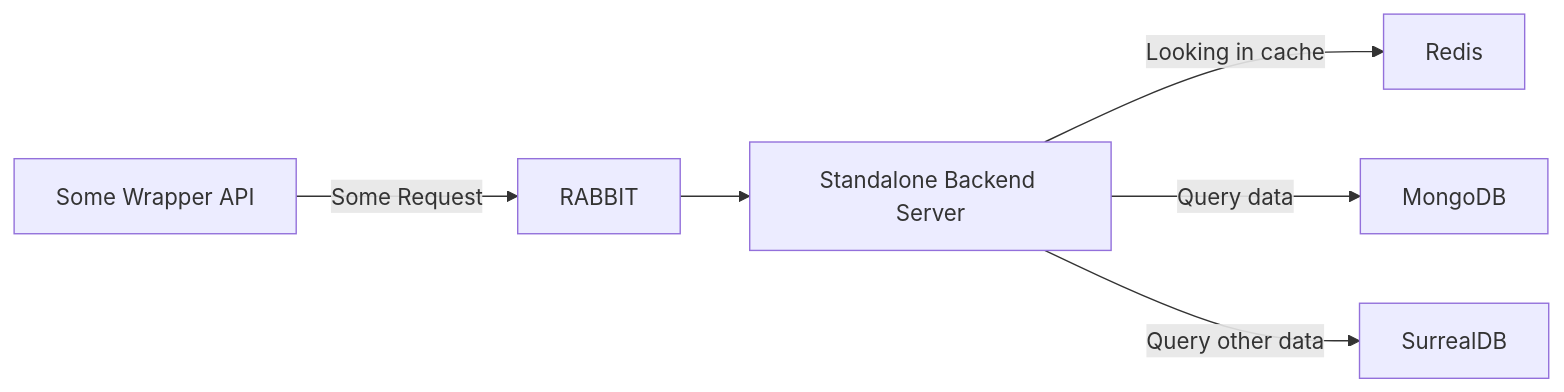
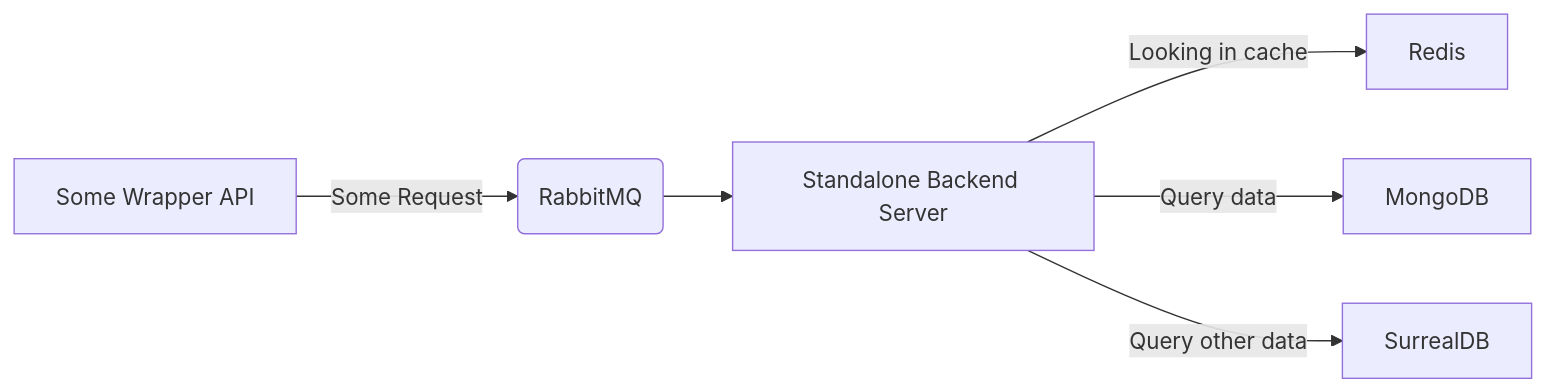
The diagram in README.md (Uroria/Backend), drawn with Mermaid before and after one commit.

````diff
--- a/README.md
+++ b/README.md
@@ -36,8 +36,8 @@
 ```mermaid
 graph LR
-    API[Some Wrapper API] --> |Some Request| RABBIT --> SERVER
+    API[Some Wrapper API] --> |Some Request| RABBIT(RabbitMQ) --> SERVER
 
     SERVER[Standalone Backend Server] --> |Looking in cache| REDIS[Redis]
     SERVER --> |Query data| DB1[MongoDB]
     SERVER --> |Query other data| DB2[SurrealDB]
 ```
````
